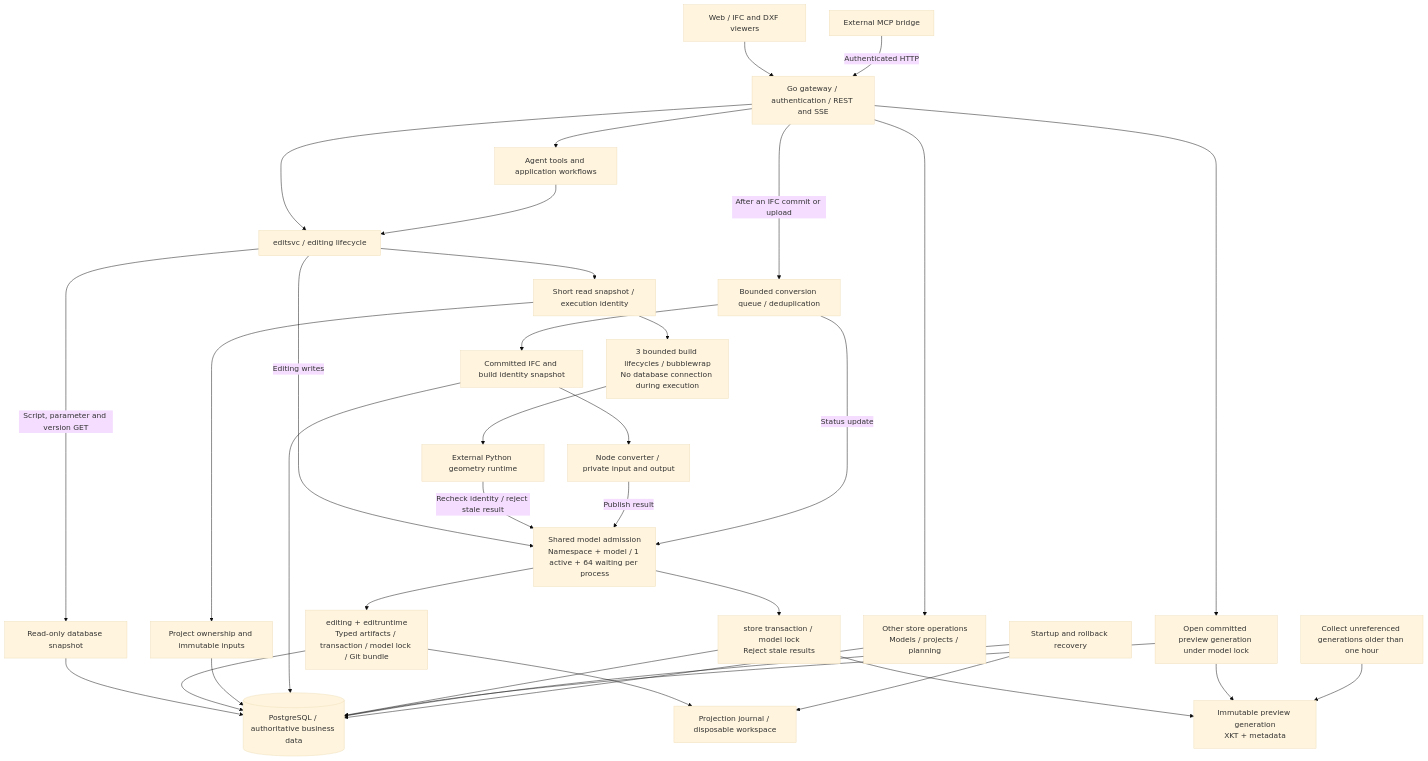
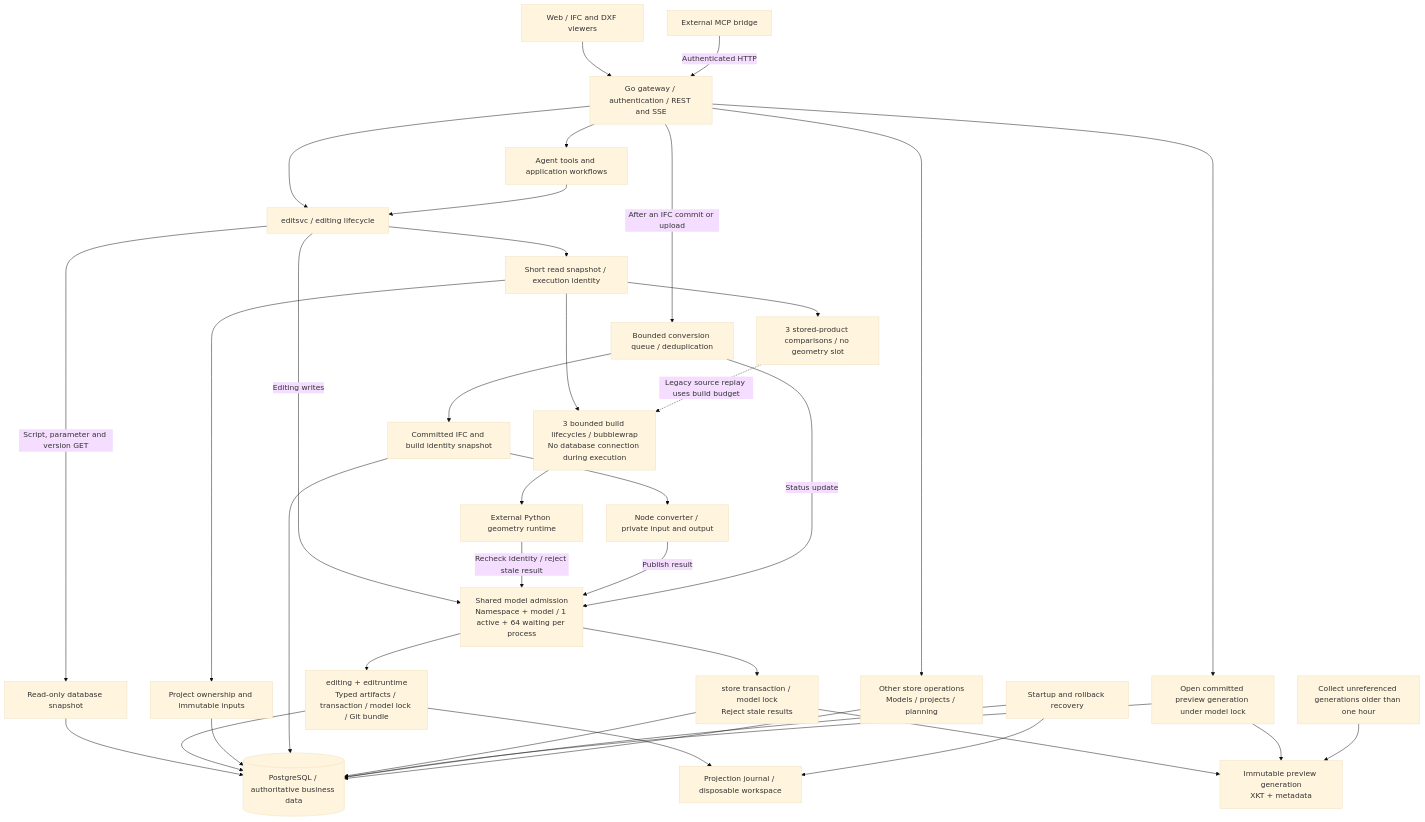
Before and after one commit to 0702hjj/SourceAEC: the first of 2 diagrams in README.md, drawn with Mermaid (base theme). The commit also changed other lines of this file and 4 other files, not shown here.

Commit message:
Separate stored-product comparisons from geometry admission

````diff
--- a/README.md
+++ b/README.md
@@ -28,37 +28,39 @@
 ```mermaid
 flowchart TB
     WEB[Web / IFC and DXF viewers] --> API[Go gateway / authentication / REST and SSE]
     MCP[External MCP bridge] -->|Authenticated HTTP| API
     API --> AGENT[Agent tools and application workflows]
     API --> EDIT[editsvc / editing lifecycle]
     AGENT --> EDIT
     EDIT -->|Script, parameter and version GET| READ[Read-only database snapshot]
     READ --> PG[(PostgreSQL / authoritative business data)]
     EDIT -->|Editing writes| GATE[Shared model admission<br/>Namespace + model / 1 active + 64 waiting per process]
     GATE --> WRITE[editing + editruntime<br/>Typed artifacts / transaction / model lock / Git bundle]
     WRITE --> PG
     EDIT --> PREP[Short read snapshot / execution identity]
     PREP --> INPUT[Project ownership and immutable inputs]
     INPUT --> PG
     PREP --> SANDBOX[3 bounded build lifecycles / bubblewrap<br/>No database connection during execution]
+    PREP --> COMPARE[3 stored-product comparisons / no geometry slot]
+    COMPARE -.->|Legacy source replay uses build budget| SANDBOX
     SANDBOX --> PY[External Python geometry runtime]
     PY -->|Recheck identity / reject stale result| GATE
     WRITE --> JOURNAL[Projection journal / disposable workspace]
     API -->|After an IFC commit or upload| QUEUE[Bounded conversion queue / deduplication]
     QUEUE --> SOURCE[Committed IFC and build identity snapshot]
     SOURCE --> PG
     SOURCE --> NODE[Node converter / private input and output]
     NODE -->|Publish result| GATE
     QUEUE -->|Status update| GATE
     GATE --> DERIVED[store transaction / model lock<br/>Reject stale results]
     DERIVED --> PG
     DERIVED --> CACHE[Immutable preview generation<br/>XKT + metadata]
     API --> VIEW[Open committed preview generation under model lock]
     VIEW --> PG
     VIEW --> CACHE
     GC[Collect unreferenced generations older than one hour] --> CACHE
     RECOVER[Startup and rollback recovery] --> PG
     RECOVER --> JOURNAL
     API --> OTHER[Other store operations<br/>Models / projects / planning]
     OTHER --> PG
 ```
````
